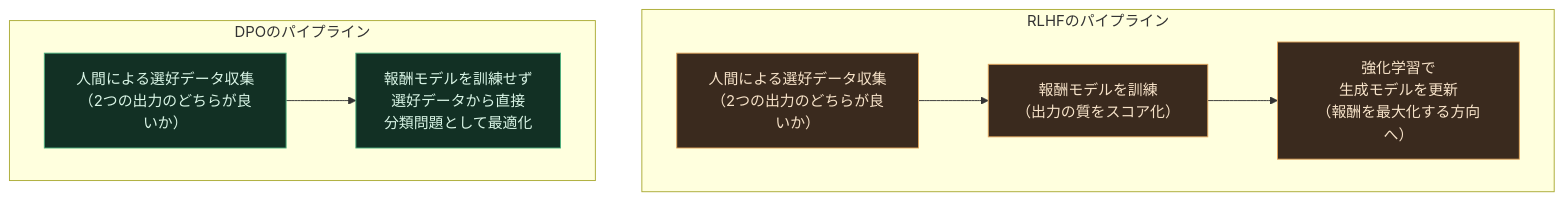
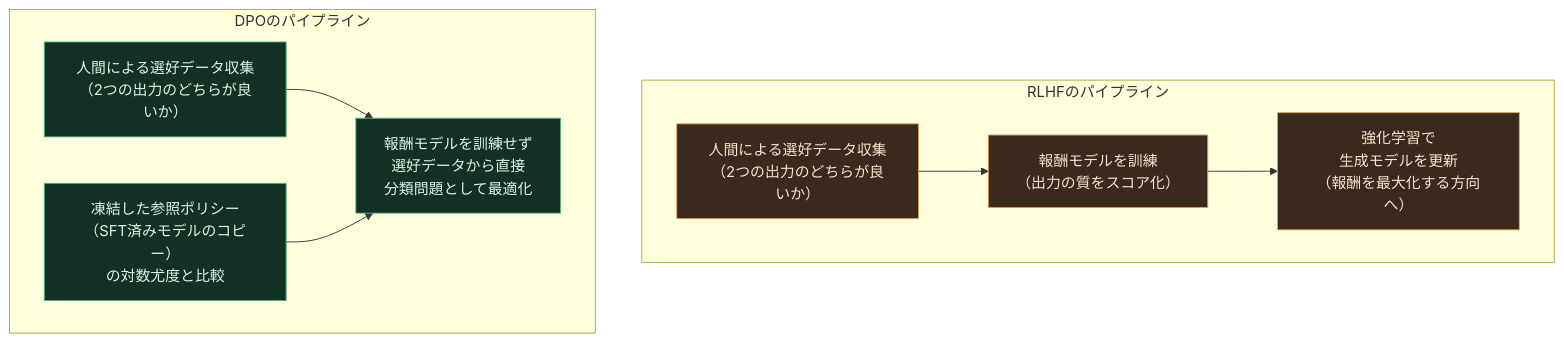
One commit to myoshi2891/Comparison-of-LLMs changed diagram 25 of 27 in Hands-on-large-language-models-guide.md. Above: the diagram before and after it, drawn with Mermaid. The commit also changed other lines of this file and 4 other files, not shown here.

Commit message:
docs(guides): refine diagrams, references, and descriptions across study guides

````diff
--- a/Hands-on-large-language-models-guide.md
+++ b/Hands-on-large-language-models-guide.md
@@ -667,15 +667,16 @@
 ```mermaid
 flowchart TB
     subgraph RLHF["RLHFのパイプライン"]
         R1["人間による選好データ収集<br/>（2つの出力のどちらが良いか）"] --> R2["報酬モデルを訓練<br/>（出力の質をスコア化）"]
         R2 --> R3["強化学習で<br/>生成モデルを更新<br/>（報酬を最大化する方向へ）"]
     end
     subgraph DPO["DPOのパイプライン"]
         D1["人間による選好データ収集<br/>（2つの出力のどちらが良いか）"] --> D2["報酬モデルを訓練せず<br/>選好データから直接<br/>分類問題として最適化"]
+        D3["凍結した参照ポリシー<br/>（SFT済みモデルのコピー）<br/>の対数尤度と比較"] --> D2
     end
 
     classDef rlhfStyle fill:#3a2a1e,stroke:#e0a45c,color:#f7e3c9
     classDef dpoStyle fill:#123024,stroke:#4caf7d,color:#d9f5e6
     class R1,R2,R3 rlhfStyle
-    class D1,D2 dpoStyle
+    class D1,D2,D3 dpoStyle
 ```
````
